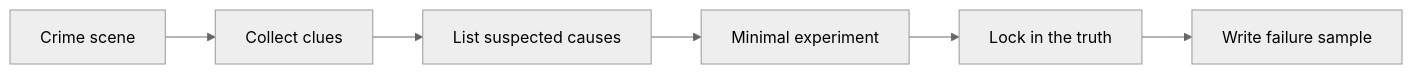
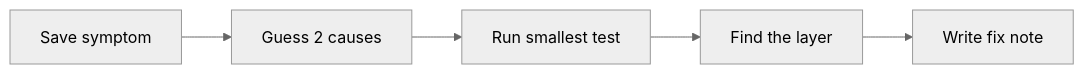
The diagram in docs/intro/debug-detective-missions.md (oudbiao/AI-fullstack-course), drawn with Mermaid (neutral theme) before and after one commit. The commit also changed other lines of this file and 5 other files, not shown here.

````diff
--- a/docs/intro/debug-detective-missions.md
+++ b/docs/intro/debug-detective-missions.md
@@ -32,8 +16,7 @@
 ```mermaid
 flowchart LR
-  A[Crime scene] --> B[Collect clues]
-  B --> C[List suspected causes]
-  C --> D[Minimal experiment]
-  D --> E[Lock in the truth]
-  E --> F[Write failure sample]
+  A["Save symptom"] --> B["Guess 2 causes"]
+  B --> C["Run smallest test"]
+  C --> D["Find the layer"]
+  D --> E["Write fix note"]
 ```
````
